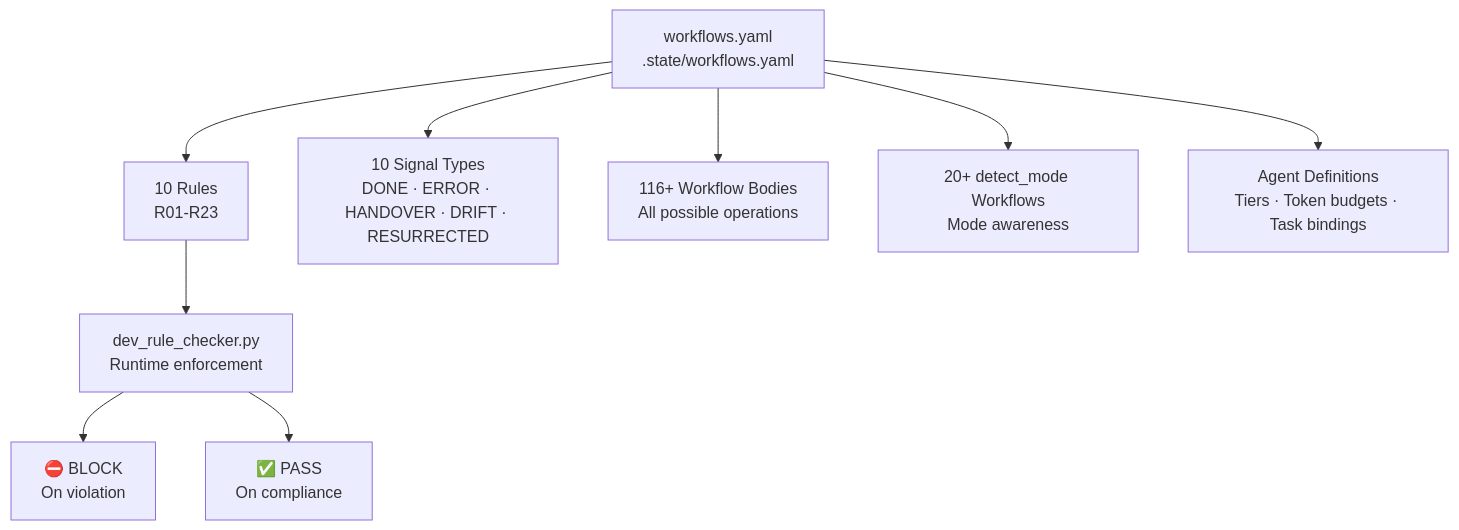
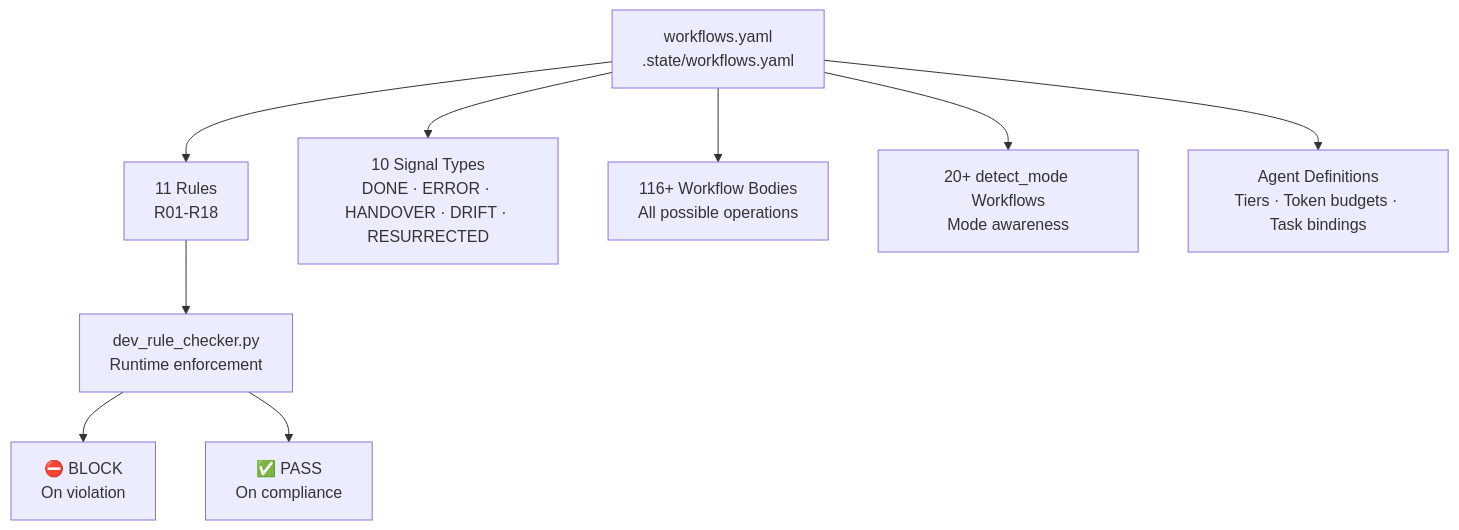
The third of 5 diagrams in docs/architecture.md (mczardybon/mas-engineer), drawn with Mermaid before and after one commit. The commit also changed 2 other files, not shown here.

Commit message:
[DOCS] remove Claude from provider list + fix 4 stale doc counts
- README FAQ: Anthropic Claude -> DeepSeek (tested, expensive not used)
- README table: 23 active Rules -> 11 hard Rules (2 occurrences)
- architecture.md mermaid: 10 Rules R01-R23 -> 11 Rules R01-R18
- HOWTO-PACKAGE-TEAM.md: 45 tools -> 52 tools

````diff
--- a/docs/architecture.md
+++ b/docs/architecture.md
@@ -160,12 +160,12 @@
 ```mermaid
 graph TD
-    SOT["workflows.yaml\n.state/workflows.yaml"] --> RULES["10 Rules\nR01-R23"]
+    SOT["workflows.yaml\n.state/workflows.yaml"] --> RULES["11 Rules\nR01-R18"]
     SOT --> SIGNALS["10 Signal Types\nDONE · ERROR · HANDOVER · DRIFT · RESURRECTED"]
     SOT --> WORKFLOWS["116+ Workflow Bodies\nAll possible operations"]
     SOT --> MODES["20+ detect_mode Workflows\nMode awareness"]
     SOT --> AGENTS["Agent Definitions\nTiers · Token budgets · Task bindings"]
 
     RULES --> CHECKER["dev_rule_checker.py\nRuntime enforcement"]
     CHECKER --> BLOCK["⛔ BLOCK\nOn violation"]
     CHECKER --> PASS["✅ PASS\nOn compliance"]
 ```
````
